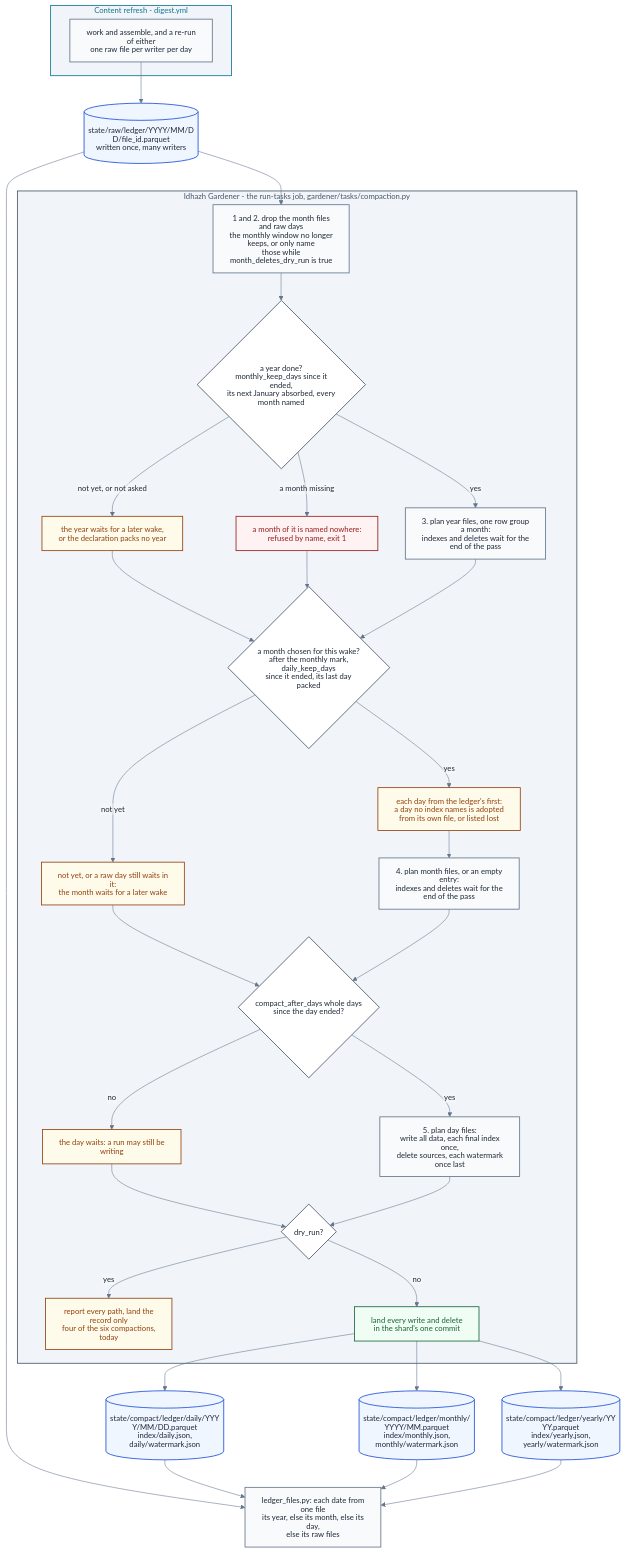
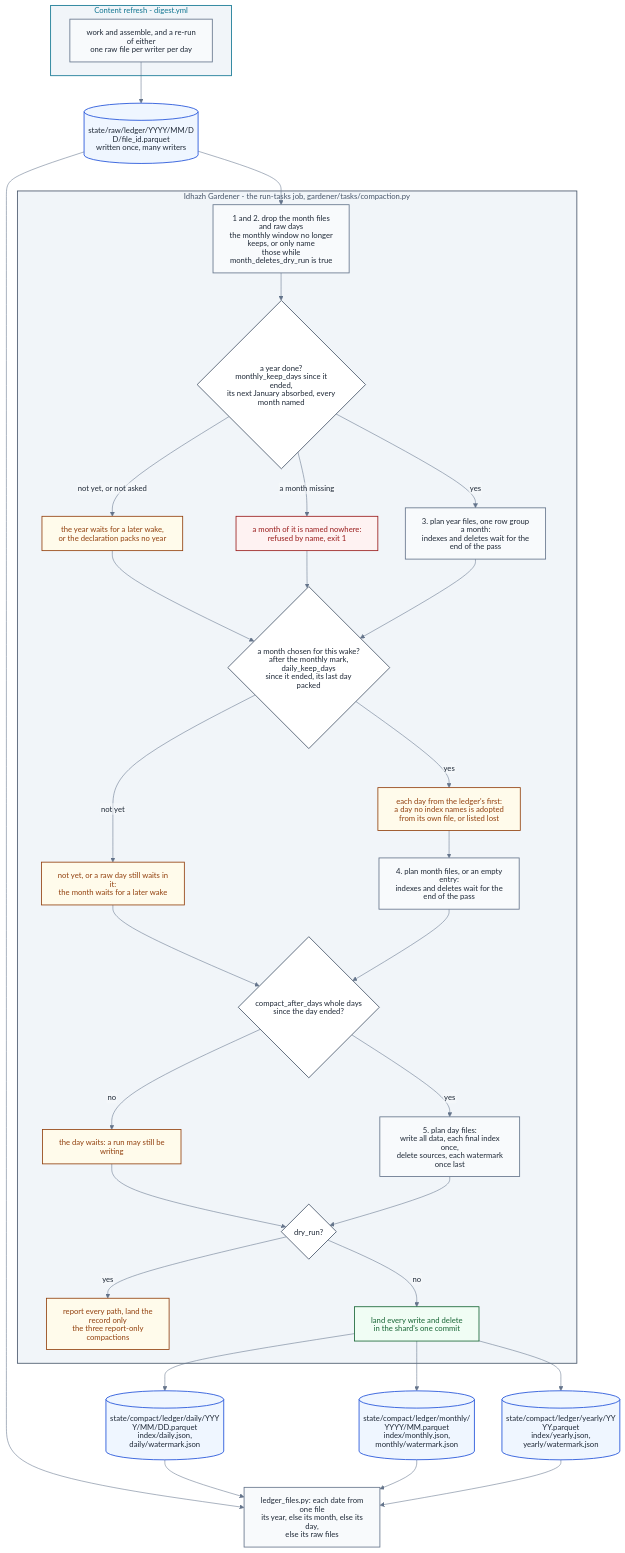
One commit to miztiik/yen-idhazh changed the diagram in docs/architecture/publishing/ledger-compaction.md. Above: the diagram before and after it, drawn with Mermaid. The commit also changed other lines of this file and 4 other files, not shown here.

Commit message:
Run score packing so console charts refresh

````diff
--- a/docs/architecture/publishing/ledger-compaction.md
+++ b/docs/architecture/publishing/ledger-compaction.md
@@ -33,78 +32,78 @@
 ```mermaid
 %%{init: {"theme": "base", "htmlLabels": false, "themeVariables": {"background": "#ffffff", "primaryColor": "#f8fafc", "primaryTextColor": "#1f2937", "primaryBorderColor": "#64748b", "lineColor": "#64748b", "textColor": "#1f2937", "clusterBkg": "#f1f5f9", "clusterBorder": "#64748b", "titleColor": "#1f2937", "edgeLabelBackground": "#f8fafc", "fontSize": "14px"}}}%%
 flowchart TB
   subgraph REFRESH["Content refresh - digest.yml"]
     W["work and assemble, and a re-run of either<br/>one raw file per writer per day"]
   end
 
   RAWF[("state/raw/ledger/YYYY/MM/DD/file_id.parquet<br/>written once, many writers")]
 
   subgraph GARDEN["Idhazh Gardener - the run-tasks job, gardener/tasks/compaction.py"]
     DROP["1 and 2. drop the month files and raw days<br/>the monthly window no longer keeps, or only name<br/>those while month_deletes_dry_run is true"]
     YDONE{"a year done?<br/>monthly_keep_days since it ended,<br/>its next January absorbed, every month named"}
     YWAIT["the year waits for a later wake,<br/>or the declaration packs no year"]
     YHOLE["a month of it is named nowhere:<br/>refused by name, exit 1"]
     PACK["3. plan year files, one row group a month:<br/>indexes and deletes wait for the end of the pass"]
     MDONE{"a month chosen for this wake?<br/>after the monthly mark, daily_keep_days<br/>since it ended, its last day packed"}
     MWAIT["not yet, or a raw day still waits in it:<br/>the month waits for a later wake"]
     MREC["each day from the ledger's first:<br/>a day no index names is adopted<br/>from its own file, or listed lost"]
     ABSORB["4. plan month files, or an empty entry:<br/>indexes and deletes wait for the end of the pass"]
     DDUE{"compact_after_days whole days<br/>since the day ended?"}
     DHOLD["the day waits: a run may still be writing"]
     TAKE["5. plan day files:<br/>write all data, each final index once,<br/>delete sources, each watermark once last"]
     DRY{"dry_run?"}
-    REPORT["report every path, land the record only<br/>four of the six compactions, today"]
+    REPORT["report every path, land the record only<br/>the three report-only compactions"]
     LAND["land every write and delete<br/>in the shard's one commit"]
   end
 
   DAILY[("state/compact/ledger/daily/YYYY/MM/DD.parquet<br/>index/daily.json, daily/watermark.json")]
   MONTHLY[("state/compact/ledger/monthly/YYYY/MM.parquet<br/>index/monthly.json, monthly/watermark.json")]
   YEARLY[("state/compact/ledger/yearly/YYYY.parquet<br/>index/yearly.json, yearly/watermark.json")]
   READER["ledger_files.py: each date from one file<br/>its year, else its month, else its day,<br/>else its raw files"]
 
   W --> RAWF
   RAWF --> DROP
   DROP --> YDONE
   YDONE -->|"not yet, or not asked"| YWAIT
   YDONE -->|"a month missing"| YHOLE
   YDONE -->|"yes"| PACK
   YWAIT --> MDONE
   YHOLE --> MDONE
   PACK --> MDONE
   MDONE -->|"not yet"| MWAIT
   MDONE -->|"yes"| MREC
   MREC --> ABSORB
   MWAIT --> DDUE
   ABSORB --> DDUE
   DDUE -->|"no"| DHOLD
   DDUE -->|"yes"| TAKE
   DHOLD --> DRY
   TAKE --> DRY
   DRY -->|"yes"| REPORT
   DRY -->|"no"| LAND
   LAND --> DAILY
   LAND --> MONTHLY
   LAND --> YEARLY
   RAWF --> READER
   DAILY --> READER
   MONTHLY --> READER
   YEARLY --> READER
 
   classDef stage fill:#f8fafc,stroke:#64748b,stroke-width:1.5px,color:#1f2937;
   classDef decision fill:#ffffff,stroke:#475569,stroke-width:1.5px,color:#1f2937;
   classDef yes fill:#f0fdf4,stroke:#166534,stroke-width:1.5px,color:#166534;
   classDef no fill:#fef2f2,stroke:#991b1b,stroke-width:1.5px,color:#991b1b;
   classDef warn fill:#fffbeb,stroke:#92400e,stroke-width:1.5px,color:#92400e;
   classDef ledger fill:#eff6ff,stroke:#1d4ed8,stroke-width:1.5px,color:#1f2937;
   classDef sysOps fill:#f1f5f9,stroke:#475569,stroke-width:1.5px,color:#475569;
   classDef sysPublish fill:#f1f5f9,stroke:#0e7490,stroke-width:1.5px,color:#0e7490;
 
   class W,DROP,PACK,ABSORB,TAKE,READER stage;
   class YDONE,MDONE,DDUE,DRY decision;
   class LAND yes;
   class YHOLE no;
   class YWAIT,MWAIT,MREC,DHOLD,REPORT warn;
   class RAWF,DAILY,MONTHLY,YEARLY ledger;
   class REFRESH sysPublish;
   class GARDEN sysOps;
 ```
````
